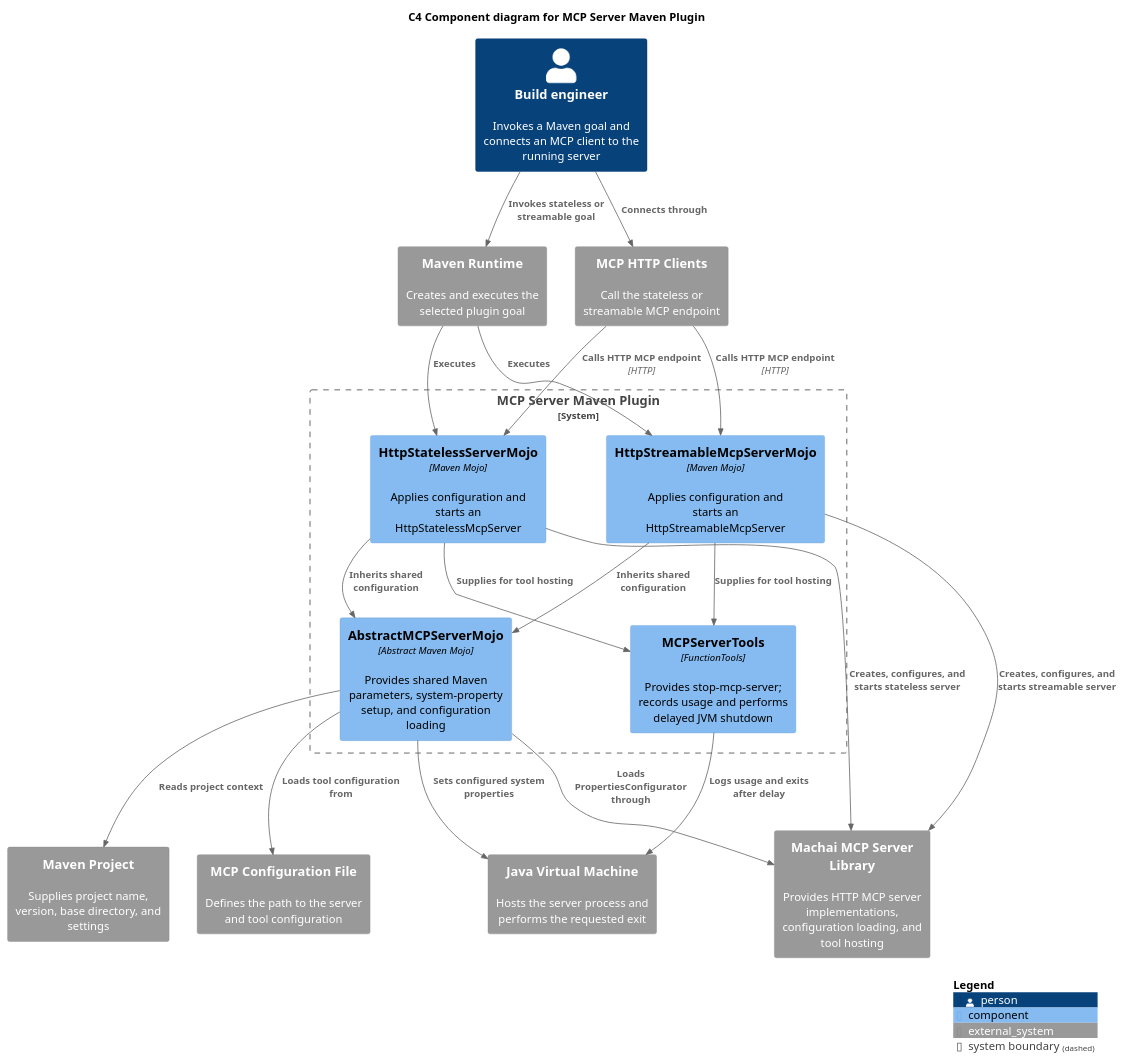
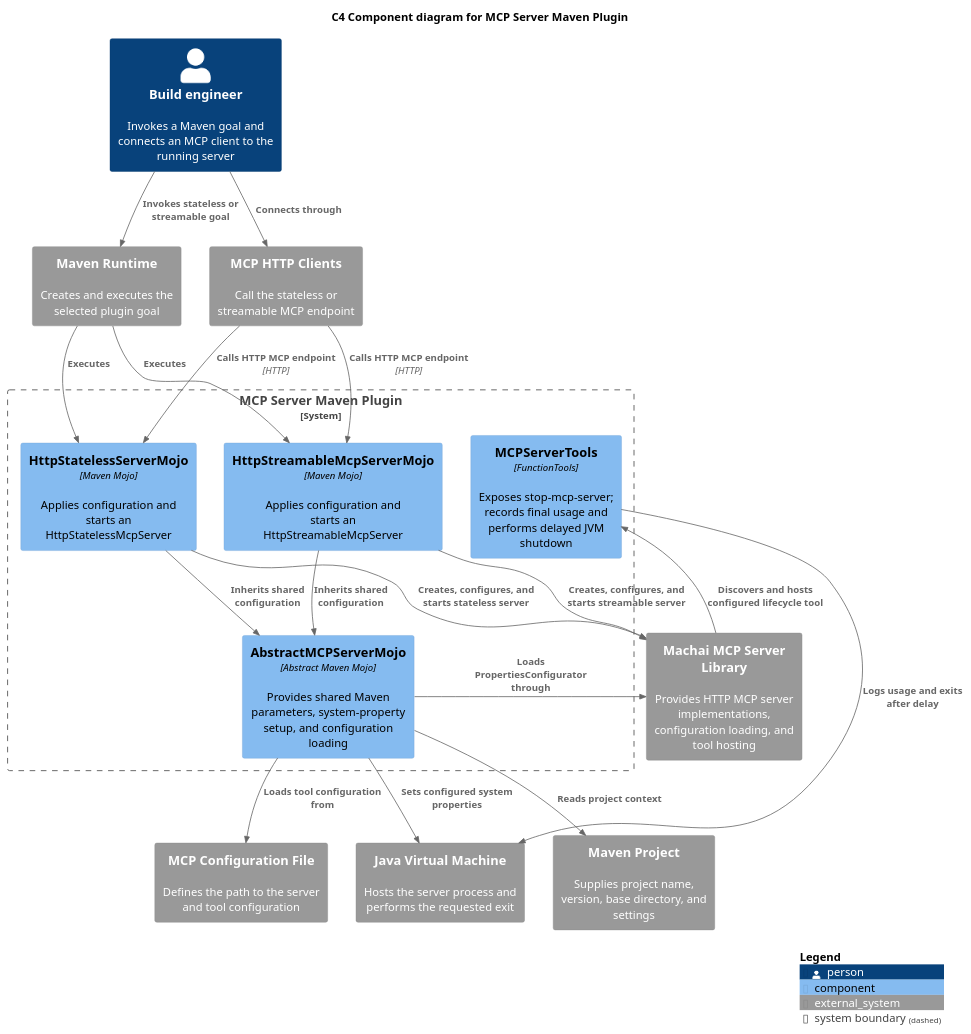
Before and after one commit to machanism-org/machai: the diagram in mcp-server-maven-plugin/src/site/puml/c4-diagram.puml, drawn with PlantUML. The commit also changed 35 other files, not shown here.

```diff
--- a/mcp-server-maven-plugin/src/site/puml/c4-diagram.puml
+++ b/mcp-server-maven-plugin/src/site/puml/c4-diagram.puml
@@ -10,40 +10,39 @@
 @startuml
 !includeurl https://raw.githubusercontent.com/plantuml-stdlib/C4-PlantUML/master/C4_Component.puml
 
 title C4 Component diagram for MCP Server Maven Plugin
 
 Person(developer, "Build engineer", "Invokes a Maven goal and connects an MCP client to the running server")
 System_Ext(maven, "Maven Runtime", "Creates and executes the selected plugin goal")
 System_Ext(mavenProject, "Maven Project", "Supplies project name, version, base directory, and settings")
 System_Ext(mcpConfigFile, "MCP Configuration File", "Defines the path to the server and tool configuration")
 System_Ext(mcpClients, "MCP HTTP Clients", "Call the stateless or streamable MCP endpoint")
 System_Ext(mcpLibrary, "Machai MCP Server Library", "Provides HTTP MCP server implementations, configuration loading, and tool hosting")
 System_Ext(jvm, "Java Virtual Machine", "Hosts the server process and performs the requested exit")
 
 System_Boundary(plugin, "MCP Server Maven Plugin") {
   Component(statelessMojo, "HttpStatelessServerMojo", "Maven Mojo", "Applies configuration and starts an HttpStatelessMcpServer")
   Component(streamableMojo, "HttpStreamableMcpServerMojo", "Maven Mojo", "Applies configuration and starts an HttpStreamableMcpServer")
   Component(abstractMojo, "AbstractMCPServerMojo", "Abstract Maven Mojo", "Provides shared Maven parameters, system-property setup, and configuration loading")
-  Component(serverTools, "MCPServerTools", "FunctionTools", "Provides stop-mcp-server; records usage and performs delayed JVM shutdown")
+  Component(serverTools, "MCPServerTools", "FunctionTools", "Exposes stop-mcp-server; records final usage and performs delayed JVM shutdown")
 }
 
 Rel(developer, maven, "Invokes stateless or streamable goal")
 Rel(developer, mcpClients, "Connects through")
 Rel(maven, statelessMojo, "Executes")
 Rel(maven, streamableMojo, "Executes")
 Rel(statelessMojo, abstractMojo, "Inherits shared configuration")
 Rel(streamableMojo, abstractMojo, "Inherits shared configuration")
 Rel(abstractMojo, mavenProject, "Reads project context")
 Rel(abstractMojo, mcpConfigFile, "Loads tool configuration from")
 Rel(abstractMojo, mcpLibrary, "Loads PropertiesConfigurator through")
 Rel(abstractMojo, jvm, "Sets configured system properties")
 Rel(statelessMojo, mcpLibrary, "Creates, configures, and starts stateless server")
 Rel(streamableMojo, mcpLibrary, "Creates, configures, and starts streamable server")
-Rel(statelessMojo, serverTools, "Supplies for tool hosting")
-Rel(streamableMojo, serverTools, "Supplies for tool hosting")
+Rel(mcpLibrary, serverTools, "Discovers and hosts configured lifecycle tool")
 Rel(mcpClients, statelessMojo, "Calls HTTP MCP endpoint", "HTTP")
 Rel(mcpClients, streamableMojo, "Calls HTTP MCP endpoint", "HTTP")
 Rel(serverTools, jvm, "Logs usage and exits after delay")
 
 SHOW_LEGEND()
 @enduml
```
